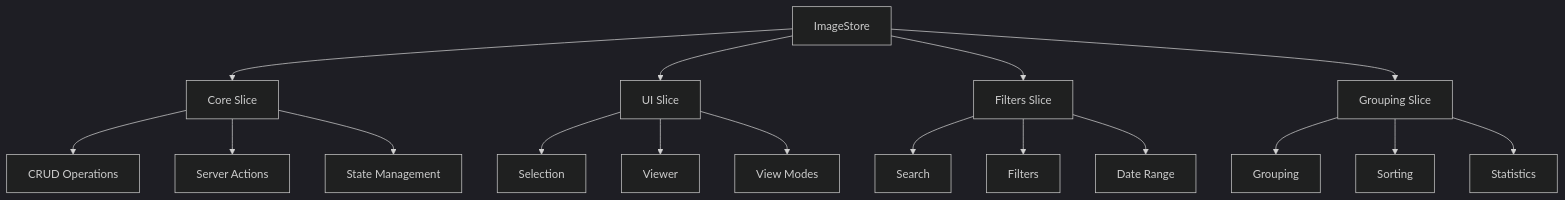
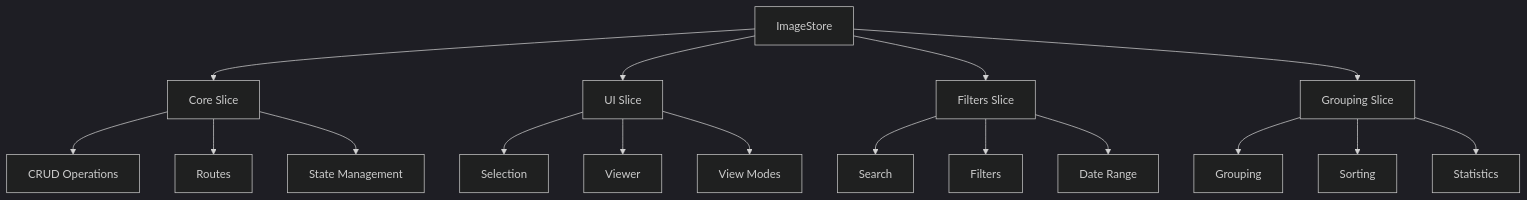
Before and after one commit to gvastethecreator/media-manager: the first of 2 diagrams in src/store/entities/image/README.md, drawn with Mermaid (dark theme). The commit also changed other lines of this file and 98 other files, not shown here.

Commit message:
docs: initialize comprehensive architectural documentation and component-level README files across the repository.

````diff
--- a/src/store/entities/image/README.md
+++ b/src/store/entities/image/README.md
@@ -9,23 +9,23 @@
 ```mermaid
 graph TD
     A[ImageStore] --> B[Core Slice]
     A --> C[UI Slice]
     A --> D[Filters Slice]
     A --> E[Grouping Slice]
 
     B --> B1[CRUD Operations]
-    B --> B2[Server Actions]
+    B --> B2[Routes]
     B --> B3[State Management]
 
     C --> C1[Selection]
     C --> C2[Viewer]
     C --> C3[View Modes]
 
     D --> D1[Search]
     D --> D2[Filters]
     D --> D3[Date Range]
 
     E --> E1[Grouping]
     E --> E2[Sorting]
     E --> E3[Statistics]
 ```
````
